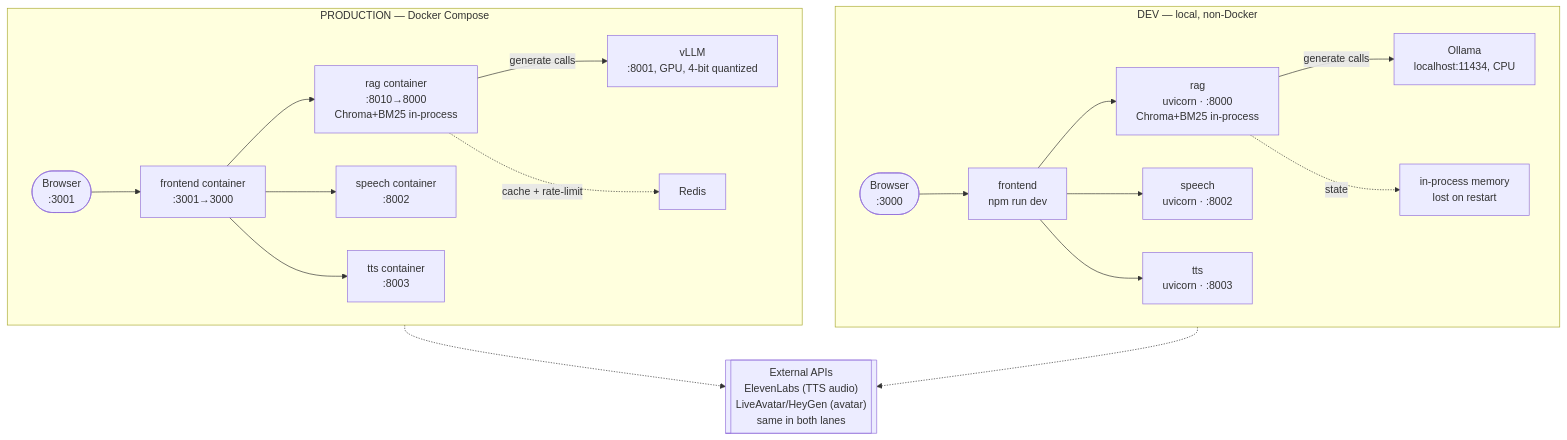
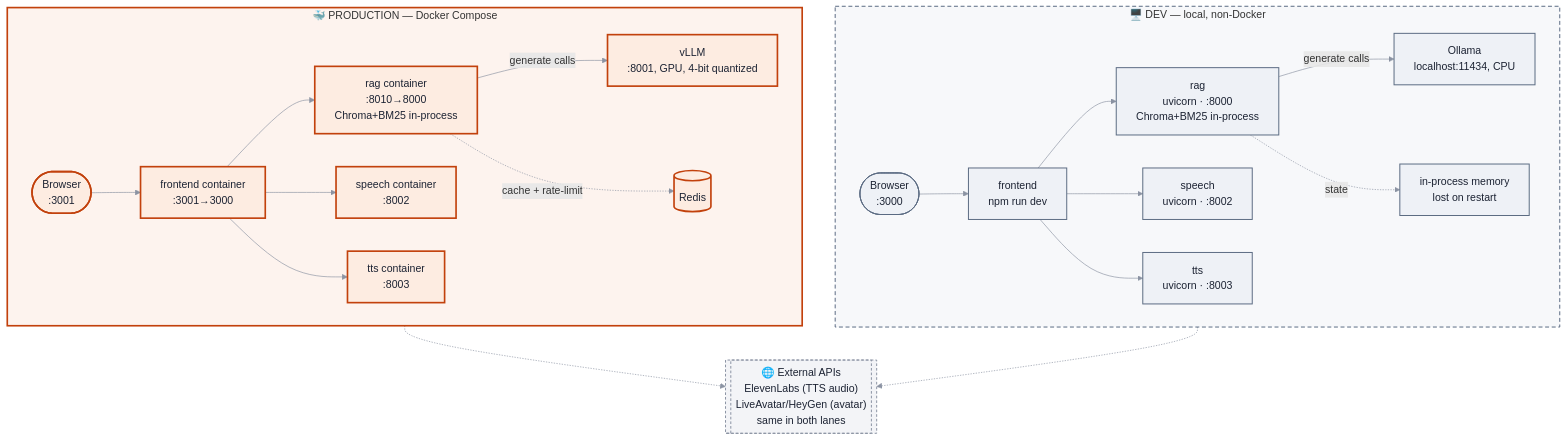
One commit to rameshMonika/Migrant-buddy changed the first of 2 diagrams in README.md. Above: the diagram before and after it, drawn with Mermaid. The commit also changed other lines of this file, not shown here.

````diff
--- a/README.md
+++ b/README.md
@@ -95,26 +97,40 @@
 ```mermaid
+%%{init: {"themeVariables": {"lineColor": "#8b93a3", "fontFamily": "ui-monospace, Consolas, monospace"}}}%%
 flowchart TB
-    subgraph DEV["DEV — local, non-Docker"]
+    subgraph DEV["🖥️ DEV — local, non-Docker"]
         direction LR
         UD([Browser<br/>:3000]) --> FD[frontend<br/>npm run dev]
         FD --> RD["rag<br/>uvicorn · :8000<br/>Chroma+BM25 in-process"]
         FD --> SD[speech<br/>uvicorn · :8002]
         FD --> TD[tts<br/>uvicorn · :8003]
         RD -->|generate calls| OD[Ollama<br/>localhost:11434, CPU]
         RD -.state.-> MD[in-process memory<br/>lost on restart]
     end
 
-    subgraph PROD["PRODUCTION — Docker Compose"]
+    subgraph PROD["🐳 PRODUCTION — Docker Compose"]
         direction LR
         UP([Browser<br/>:3001]) --> FP[frontend container<br/>:3001→3000]
         FP --> RP["rag container<br/>:8010→8000<br/>Chroma+BM25 in-process"]
         FP --> SP[speech container<br/>:8002]
         FP --> TP[tts container<br/>:8003]
         RP -->|generate calls| VP[vLLM<br/>:8001, GPU, 4-bit quantized]
-        RP -.cache + rate-limit.-> REDIS[Redis]
+        RP -.cache + rate-limit.-> REDIS[(Redis)]
     end
 
-    EXT[["External APIs<br/>ElevenLabs (TTS audio)<br/>LiveAvatar/HeyGen (avatar)<br/>same in both lanes"]]
+    EXT[["🌐 External APIs<br/>ElevenLabs (TTS audio)<br/>LiveAvatar/HeyGen (avatar)<br/>same in both lanes"]]
     TD -.-> EXT
     TP -.-> EXT
+
+    classDef devNode fill:#eef1f6,stroke:#5b6b82,stroke-width:1.5px,color:#1c2333;
+    classDef prodNode fill:#fdece1,stroke:#c2410c,stroke-width:2.5px,color:#1c2333;
+    classDef extNode fill:#f3f4f7,stroke:#8b93a3,stroke-width:1.5px,stroke-dasharray:4 3,color:#1c2333;
+    classDef devEndpoint fill:#5b6b82,stroke:#5b6b82,color:#ffffff;
+    classDef prodEndpoint fill:#c2410c,stroke:#c2410c,color:#ffffff;
+
+    class UD,FD,RD,SD,TD,OD,MD devNode;
+    class UP,FP,RP,SP,TP,VP,REDIS prodNode;
+    class EXT extNode;
+
+    style DEV fill:#f7f8fa,stroke:#5b6b82,stroke-width:1.5px,stroke-dasharray:6 4;
+    style PROD fill:#fdf3ee,stroke:#c2410c,stroke-width:2.5px;
 ```
````
